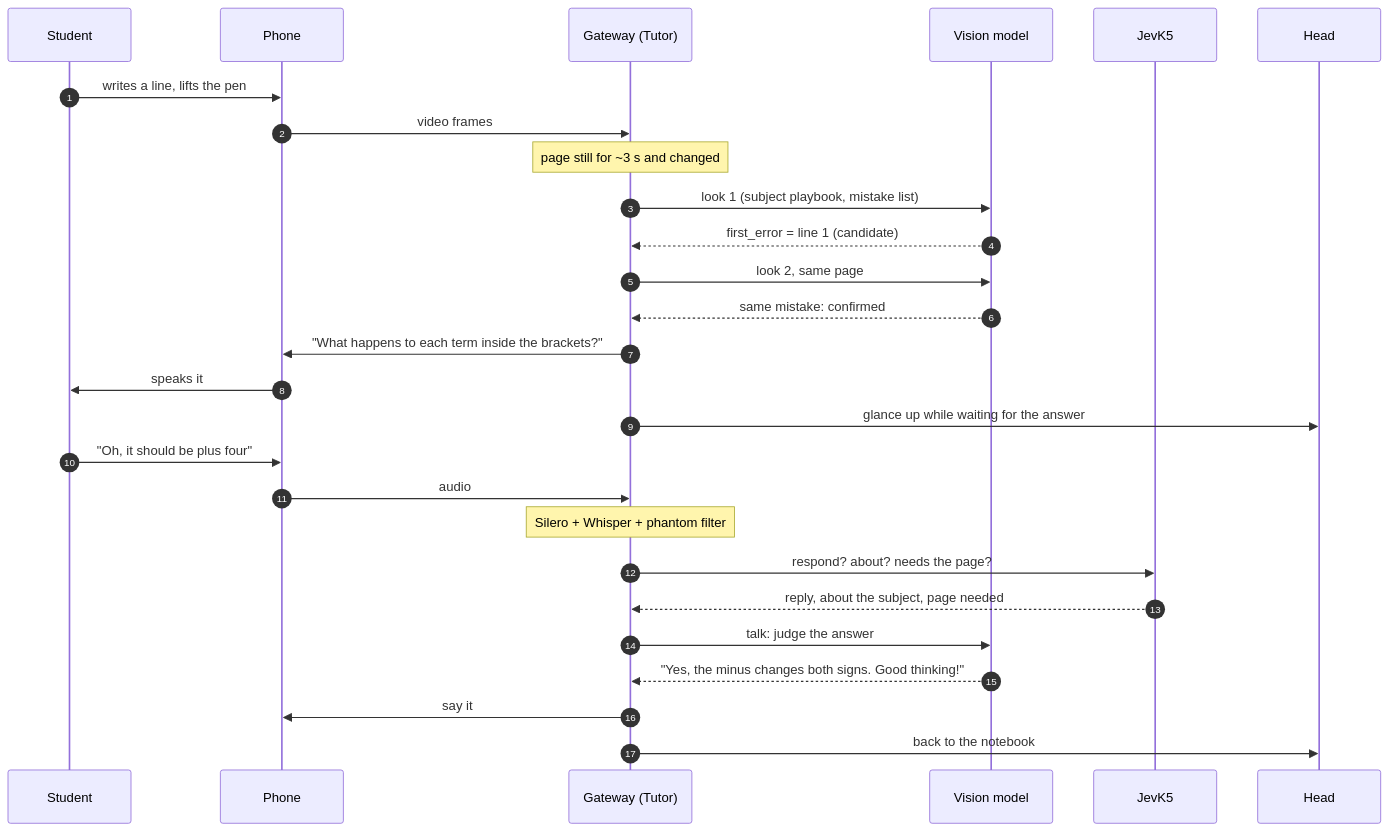
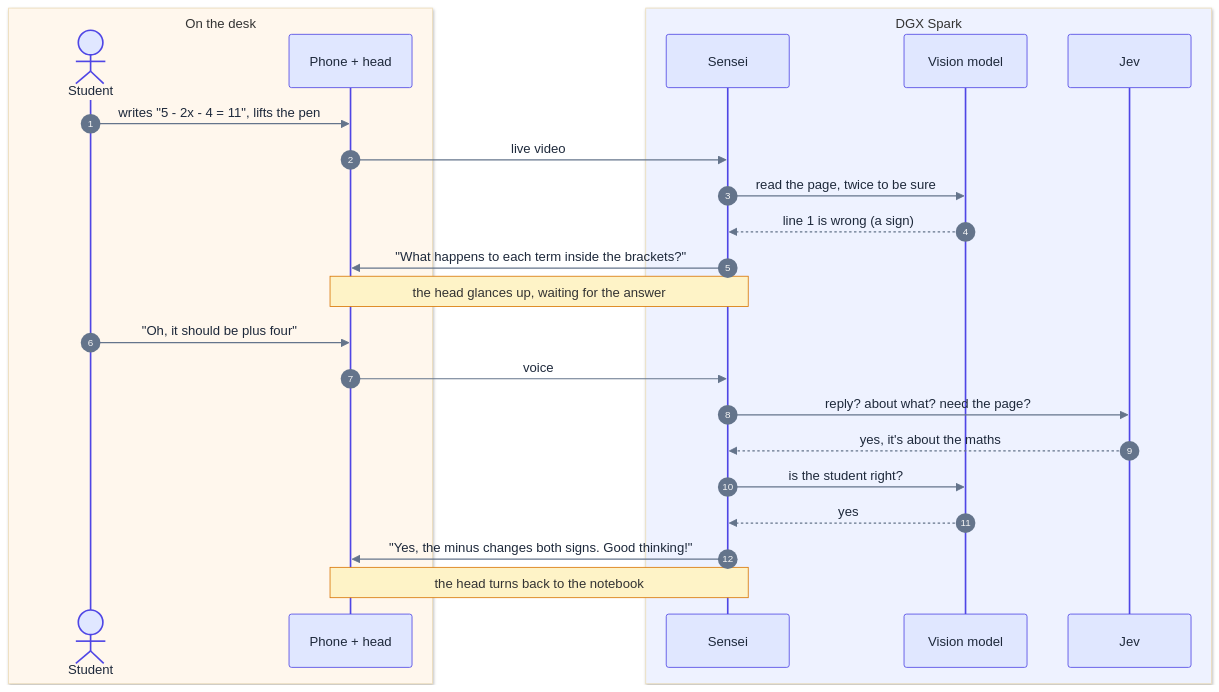
Before and after one commit to SenseiAIEd/SenseiAI: the third of 3 diagrams in README.md, drawn with Mermaid. The commit also changed other lines of this file and 2 other files, not shown here.

First line of the commit message:
SenseiDesk: let a human tutor or parent watch and steer a session

````diff
--- a/README.md
+++ b/README.md
@@ -134,30 +135,29 @@
 ```mermaid
+%%{init: {"theme": "base", "themeVariables": {"fontSize": "14px", "actorBkg": "#e0e7ff", "actorBorder": "#4f46e5", "actorTextColor": "#1e293b", "signalColor": "#64748b", "signalTextColor": "#1e293b", "noteBkgColor": "#fef3c7", "noteBorderColor": "#d97706", "labelBoxBkgColor": "#e0e7ff"}}}%%
 sequenceDiagram
     autonumber
-    participant S as Student
-    participant P as Phone
-    participant G as Gateway (Tutor)
-    participant V as Vision model
-    participant J as JevK5
-    participant H as Head
+    box rgb(255, 247, 237) On the desk
+        actor S as Student
+        participant P as Phone + head
+    end
+    box rgb(238, 242, 255) DGX Spark
+        participant G as Sensei
+        participant V as Vision model
+        participant J as Jev
+    end
 
-    S->>P: writes a line, lifts the pen
-    P->>G: video frames
-    Note over G: page still for ~3 s and changed
-    G->>V: look 1 (subject playbook, mistake list)
-    V-->>G: first_error = line 1 (candidate)
-    G->>V: look 2, same page
-    V-->>G: same mistake: confirmed
+    S->>P: writes "5 - 2x - 4 = 11", lifts the pen
+    P->>G: live video
+    G->>V: read the page, twice to be sure
+    V-->>G: line 1 is wrong (a sign)
     G->>P: "What happens to each term inside the brackets?"
-    P->>S: speaks it
-    G->>H: glance up while waiting for the answer
+    Note over P,G: the head glances up, waiting for the answer
     S->>P: "Oh, it should be plus four"
-    P->>G: audio
-    Note over G: Silero + Whisper + phantom filter
-    G->>J: respond? about? needs the page?
-    J-->>G: reply, about the subject, page needed
-    G->>V: talk: judge the answer
-    V-->>G: "Yes, the minus changes both signs. Good thinking!"
-    G->>P: say it
-    G->>H: back to the notebook
+    P->>G: voice
+    G->>J: reply? about what? need the page?
+    J-->>G: yes, it's about the maths
+    G->>V: is the student right?
+    V-->>G: yes
+    G->>P: "Yes, the minus changes both signs. Good thinking!"
+    Note over P,G: the head turns back to the notebook
 ```
````
